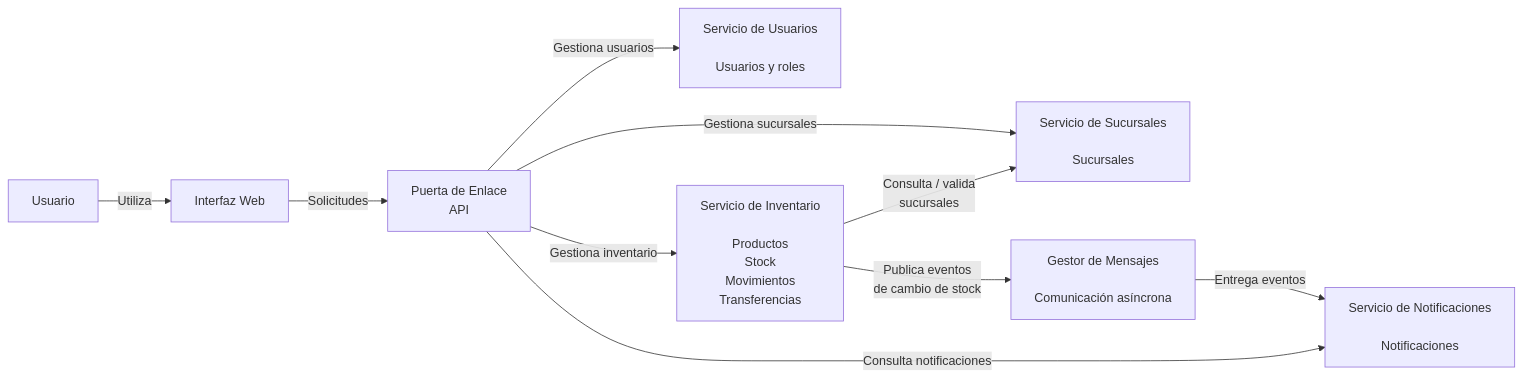
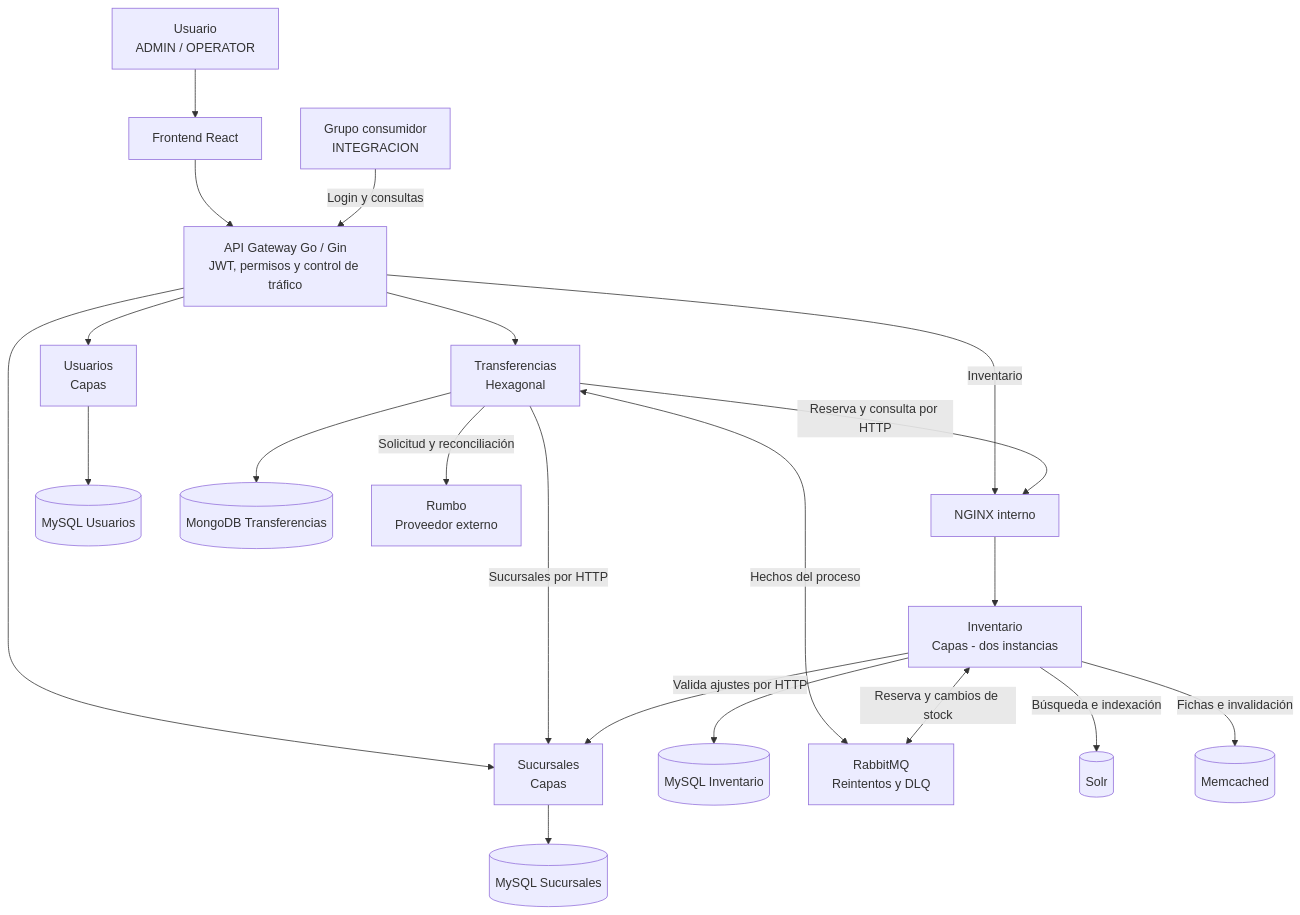
Before and after one commit to tomyvolo/Stock-Volcamelli: the first of 2 diagrams in docs/diagramas/contenedores.md, drawn with Mermaid. The commit also changed other lines of this file and 11 other files, not shown here.

Commit message:
docs: actualizar Entrega 1 de Stock Volcamelli

````diff
--- a/docs/diagramas/contenedores.md
+++ b/docs/diagramas/contenedores.md
@@ -5,29 +5,41 @@
 ```mermaid
-flowchart LR
-    U["Usuario"]
+flowchart TB
+    U["Usuario<br/>ADMIN / OPERATOR"]
+    C["Grupo consumidor<br/>INTEGRACION"]
+    F["Frontend React"]
+    G["API Gateway Go / Gin<br/>JWT, permisos y control de tráfico"]
+    US["Usuarios<br/>Capas"]
+    BS["Sucursales<br/>Capas"]
+    TS["Transferencias<br/>Hexagonal"]
+    LB["NGINX interno"]
+    I["Inventario<br/>Capas - dos instancias"]
+    DU[("MySQL Usuarios")]
+    DB[("MySQL Sucursales")]
+    DT[("MongoDB Transferencias")]
+    DI[("MySQL Inventario")]
+    Q["RabbitMQ<br/>Reintentos y DLQ"]
+    S[("Solr")]
+    M[("Memcached")]
+    R["Rumbo<br/>Proveedor externo"]
 
-    F["Interfaz Web"]
-
-    G["Puerta de Enlace<br/>API"]
-
-    US["Servicio de Usuarios<br/><br/>Usuarios y roles"]
-    BS["Servicio de Sucursales<br/><br/>Sucursales"]
-    IS["Servicio de Inventario<br/><br/>Productos<br/>Stock<br/>Movimientos<br/>Transferencias"]
-    NS["Servicio de Notificaciones<br/><br/>Notificaciones"]
-
-    MB["Gestor de Mensajes<br/><br/>Comunicación asíncrona"]
-
-    U -->|"Utiliza"| F
-    F -->|"Solicitudes"| G
-
-    G -->|"Gestiona usuarios"| US
-    G -->|"Gestiona sucursales"| BS
-    G -->|"Gestiona inventario"| IS
-    G -->|"Consulta notificaciones"| NS
-
-    IS -->|"Consulta / valida<br/>sucursales"| BS
-
-    IS -->|"Publica eventos<br/>de cambio de stock"| MB
-
-    MB -->|"Entrega eventos"| NS
+    U --> F
+    F --> G
+    C -->|"Login y consultas"| G
+    G --> US
+    G --> BS
+    G --> TS
+    G -->|"Inventario"| LB
+    US --> DU
+    BS --> DB
+    TS --> DT
+    TS -->|"Sucursales por HTTP"| BS
+    TS -->|"Reserva y consulta por HTTP"| LB
+    LB --> I
+    I -->|"Valida ajustes por HTTP"| BS
+    I --> DI
+    I -->|"Búsqueda e indexación"| S
+    I -->|"Fichas e invalidación"| M
+    TS <-->|"Hechos del proceso"| Q
+    I <-->|"Reserva y cambios de stock"| Q
+    TS -->|"Solicitud y reconciliación"| R
 ```
````
